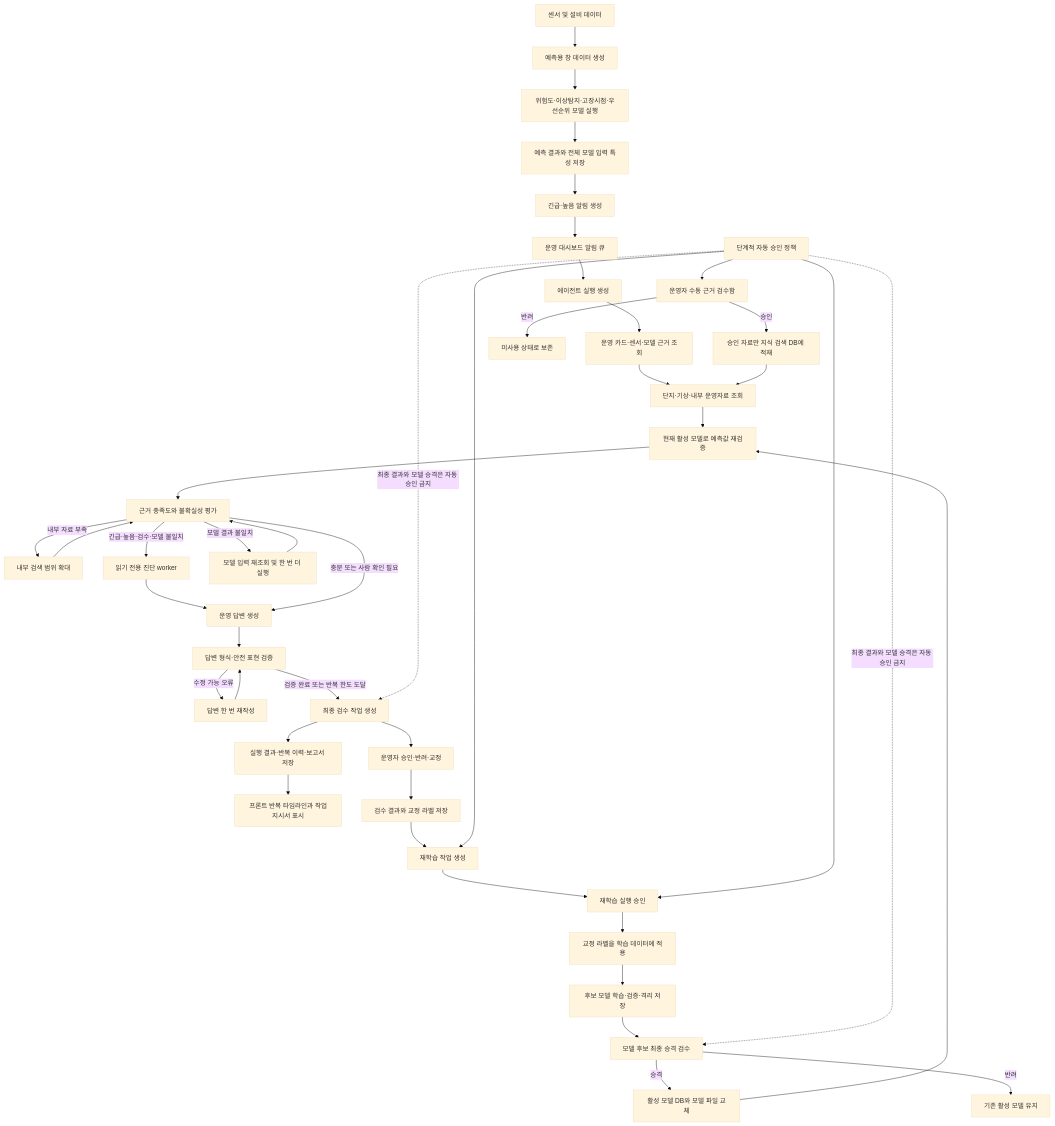
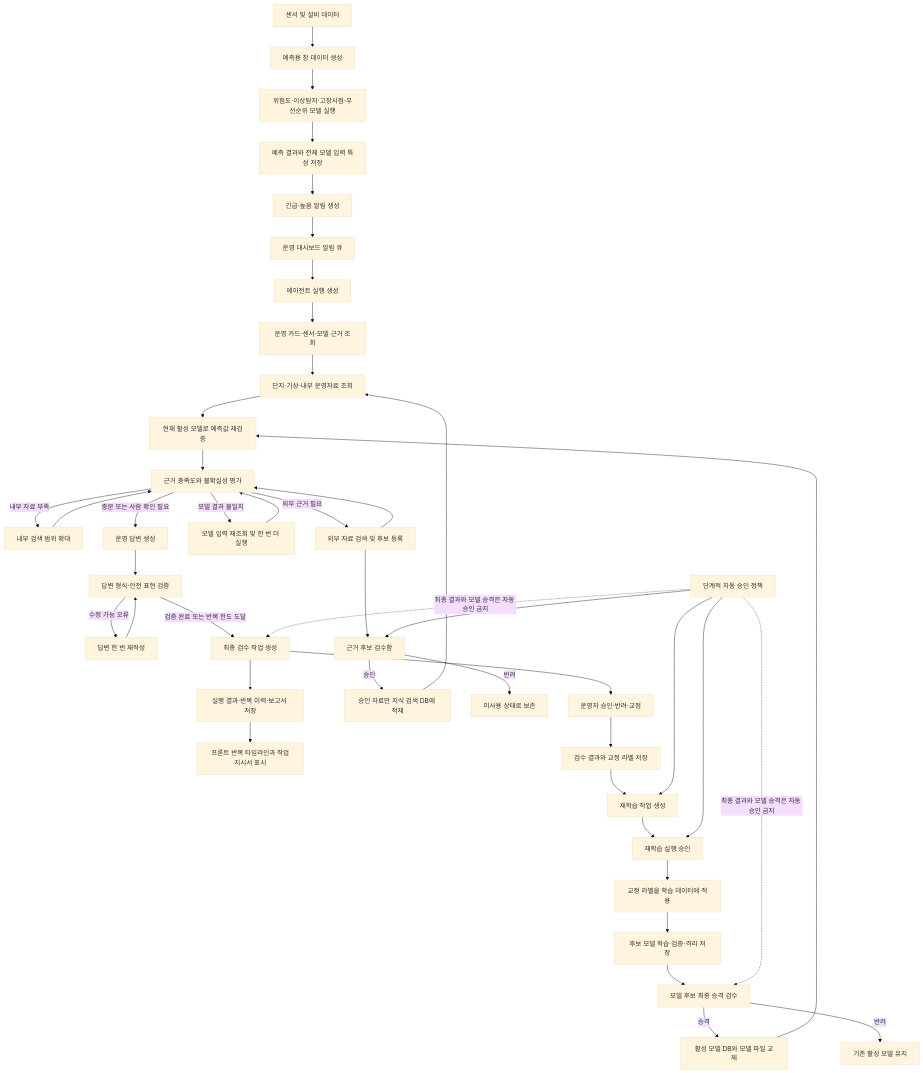
The diagram in docs/14_AGENT_RECURSIVE_AUTOMATION.md (jiyang-lee/Heat_Grid_Agent), drawn with Mermaid (base theme) before and after one commit. The commit also changed other lines of this file and 53 other files, not shown here.

````diff
--- a/docs/14_AGENT_RECURSIVE_AUTOMATION.md
+++ b/docs/14_AGENT_RECURSIVE_AUTOMATION.md
@@ -7,51 +7,51 @@
 ```mermaid
 flowchart TD
     A["센서 및 설비 데이터"] --> B["예측용 창 데이터 생성"]
     B --> C["위험도·이상탐지·고장시점·우선순위 모델 실행"]
     C --> D["예측 결과와 전체 모델 입력 특성 저장"]
     D --> E["긴급·높음 알림 생성"]
     E --> F["운영 대시보드 알림 큐"]
     F --> G["에이전트 실행 생성"]
 
     G --> H["운영 카드·센서·모델 근거 조회"]
     H --> I["단지·기상·내부 운영자료 조회"]
     I --> J["현재 활성 모델로 예측값 재검증"]
     J --> K["근거 충족도와 불확실성 평가"]
 
     K -->|"내부 자료 부족"| L["내부 검색 범위 확대"]
     L --> K
-    K -->|"긴급·높음·검수·모델 불일치"| M["읽기 전용 진단 worker"]
-    M --> O
+    K -->|"외부 근거 필요"| M["외부 자료 검색 및 후보 등록"]
+    M --> K
     K -->|"모델 결과 불일치"| N["모델 입력 재조회 및 한 번 더 실행"]
     N --> K
     K -->|"충분 또는 사람 확인 필요"| O["운영 답변 생성"]
 
     O --> P["답변 형식·안전 표현 검증"]
     P -->|"수정 가능 오류"| Q["답변 한 번 재작성"]
     Q --> P
     P -->|"검증 완료 또는 반복 한도 도달"| R["최종 검수 작업 생성"]
     R --> S["실행 결과·반복 이력·보고서 저장"]
     S --> T["프론트 반복 타임라인과 작업지시서 표시"]
 
-    U["운영자 수동 근거 검수함"]
+    M --> U["근거 후보 검수함"]
     U -->|"승인"| V["승인 자료만 지식 검색 DB에 적재"]
     U -->|"반려"| W["미사용 상태로 보존"]
     V --> I
 
     R --> X["운영자 승인·반려·교정"]
     X --> Y["검수 결과와 교정 라벨 저장"]
     Y --> Z["재학습 작업 생성"]
     Z --> AA["재학습 실행 승인"]
     AA --> AB["교정 라벨을 학습 데이터에 적용"]
     AB --> AC["후보 모델 학습·검증·격리 저장"]
     AC --> AD["모델 후보 최종 승격 검수"]
     AD -->|"승격"| AE["활성 모델 DB와 모델 파일 교체"]
     AD -->|"반려"| AF["기존 활성 모델 유지"]
     AE --> J
 
     AG["단계적 자동 승인 정책"] --> U
     AG --> Z
     AG --> AA
     AG -. "최종 결과와 모델 승격은 자동 승인 금지" .-> R
     AG -. "최종 결과와 모델 승격은 자동 승인 금지" .-> AD
 ```
````
